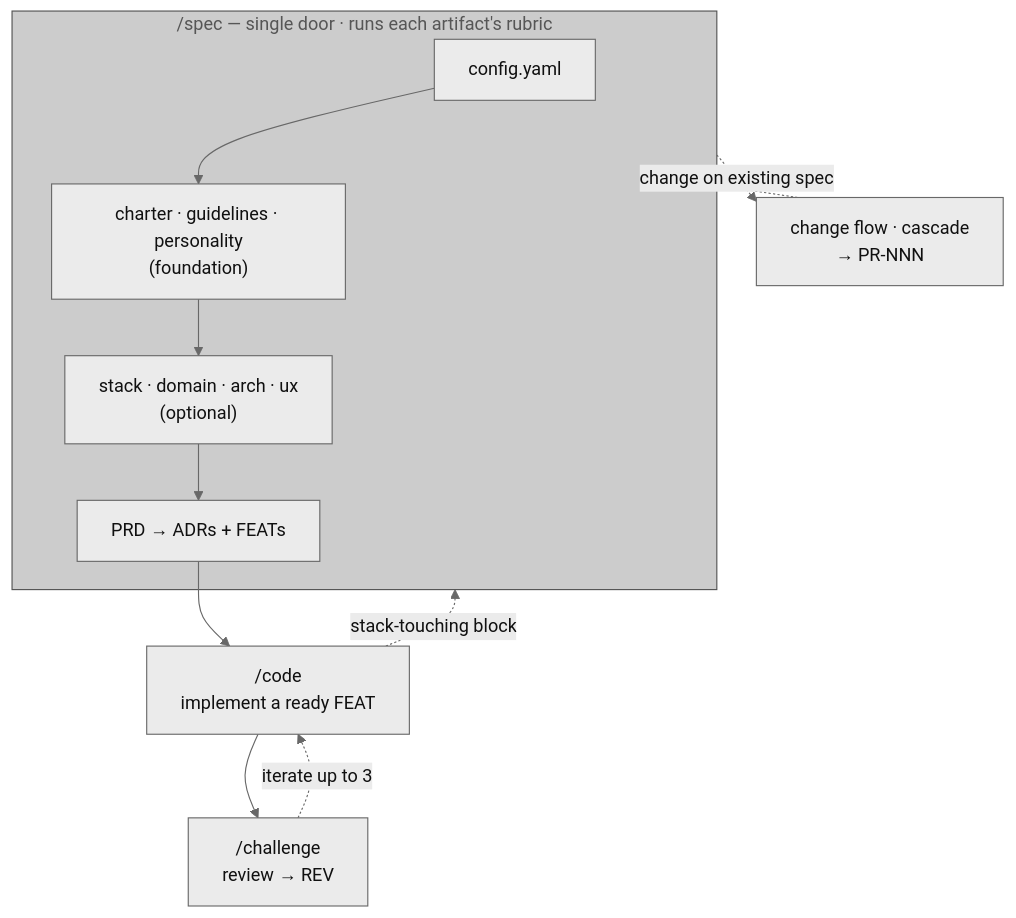
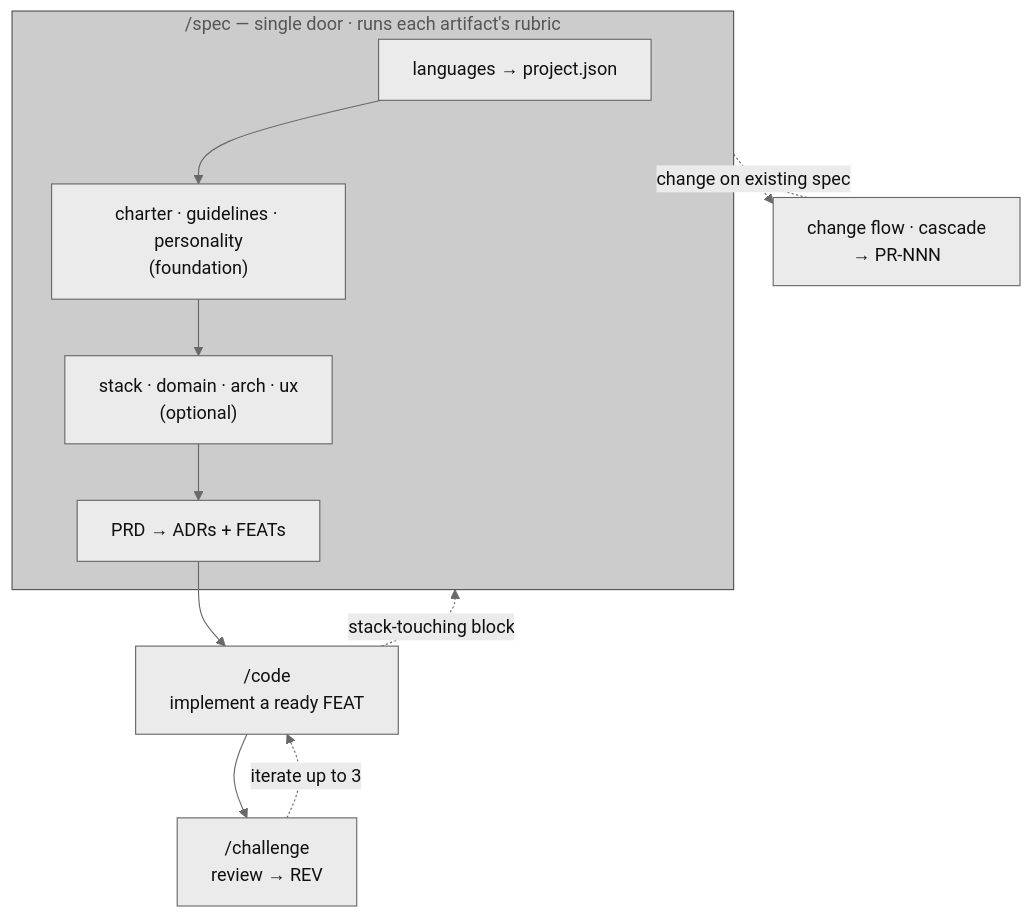
Before and after one commit to ccosming/skills: the diagram in README.md, drawn with Mermaid. The commit also changed other lines of this file and 11 other files, not shown here.

````diff
--- a/README.md
+++ b/README.md
@@ -55,21 +55,21 @@
 ```mermaid
 %%{init: {'theme':'base','themeVariables':{'primaryColor':'#ebebeb','primaryBorderColor':'#686868','primaryTextColor':'#101010','lineColor':'#686868','secondaryColor':'#cccccc','tertiaryColor':'#a9a9a9','clusterBkg':'#cccccc','clusterBorder':'#525252','edgeLabelBackground':'#ebebeb'}}}%%
 flowchart TD
     subgraph Spec["/spec — single door · runs each artifact's rubric"]
-        Config["config.yaml"]
+        Config["languages → project.json"]
         Found["charter · guidelines · personality<br/>(foundation)"]
         Opt["stack · domain · arch · ux<br/>(optional)"]
         PRD["PRD → ADRs + FEATs"]
         Config --> Found --> Opt --> PRD
     end
     Code["/code<br/>implement a ready FEAT"]
     Challenge["/challenge<br/>review → REV"]
     Change["change flow · cascade<br/>→ PR-NNN"]
 
     PRD --> Code
     Code -.->|stack-touching block| Spec
     Code --> Challenge
     Challenge -.->|iterate up to 3| Code
     Spec -.->|change on existing spec| Change
     Change -.-> Spec
 ```
````
